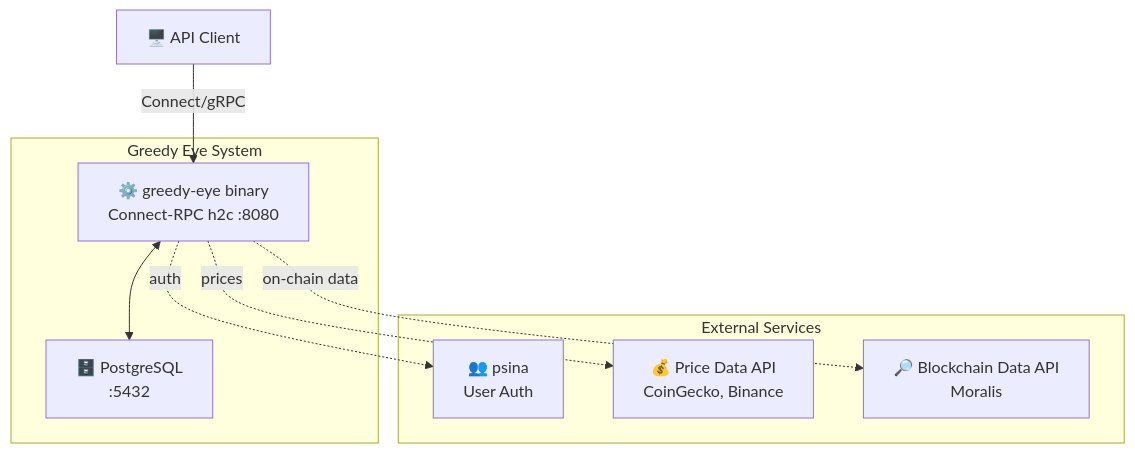
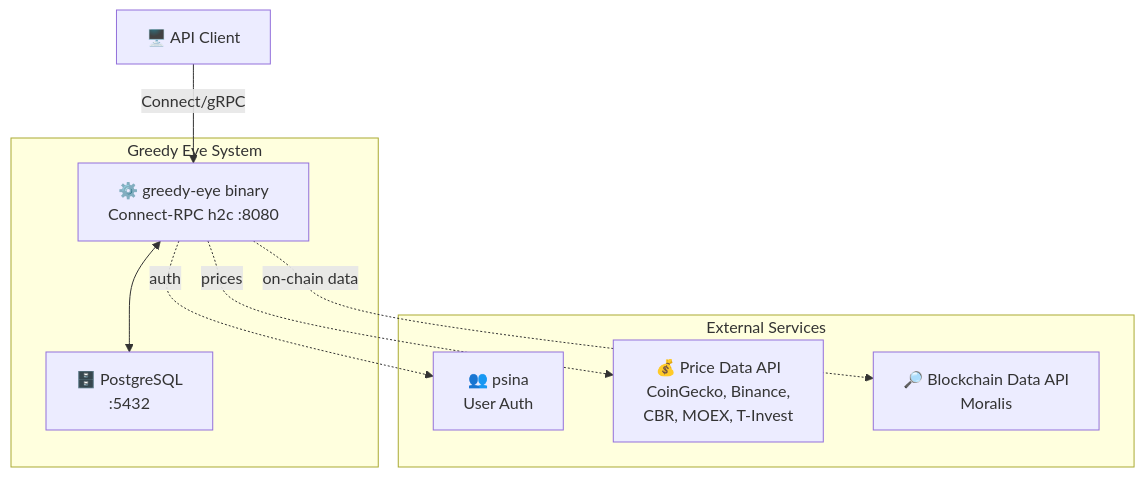
One commit to foxcool/greedy-eye changed the second of 3 diagrams in docs/architecture.md. Above: the diagram before and after it, drawn with Mermaid. The commit also changed other lines of this file, not shown here.

````diff
--- a/docs/architecture.md
+++ b/docs/architecture.md
@@ -238,19 +240,19 @@
 ```mermaid
 graph TB
     subgraph "Greedy Eye System"
         App[⚙️ greedy-eye binary<br/>Connect-RPC h2c :8080]
         Database[🗄️ PostgreSQL<br/>:5432]
     end
 
     subgraph "External Services"
         Psina[👥 psina<br/>User Auth]
-        PriceAPI[💰 Price Data API<br/>CoinGecko, Binance]
+        PriceAPI[💰 Price Data API<br/>CoinGecko, Binance,<br/>CBR, MOEX, T-Invest]
         BlockchainAPI[🔎 Blockchain Data API<br/>Moralis]
     end
 
     APIClient[🖥️ API Client] -->|Connect/gRPC| App
     App <--> Database
     App -.->|prices| PriceAPI
     App -.->|on-chain data| BlockchainAPI
     App -.->|auth| Psina
 ```
````
